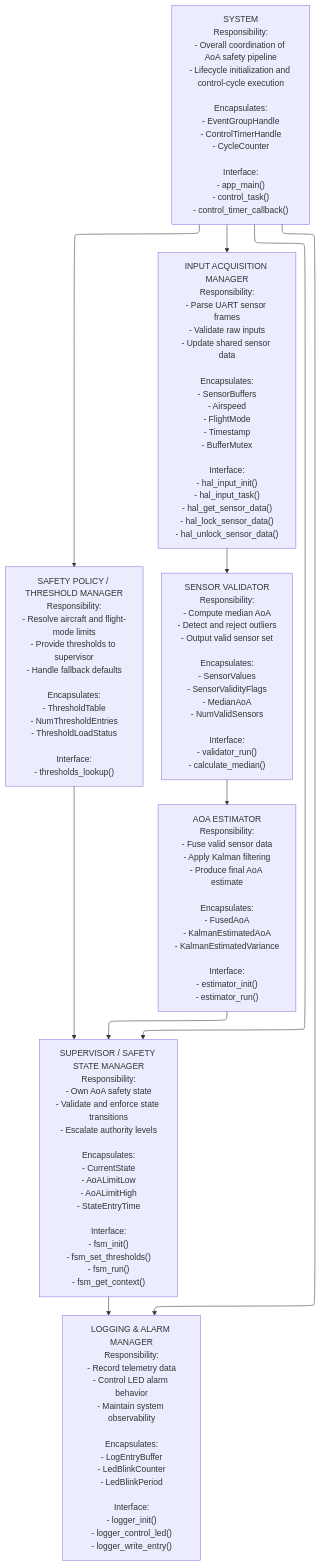
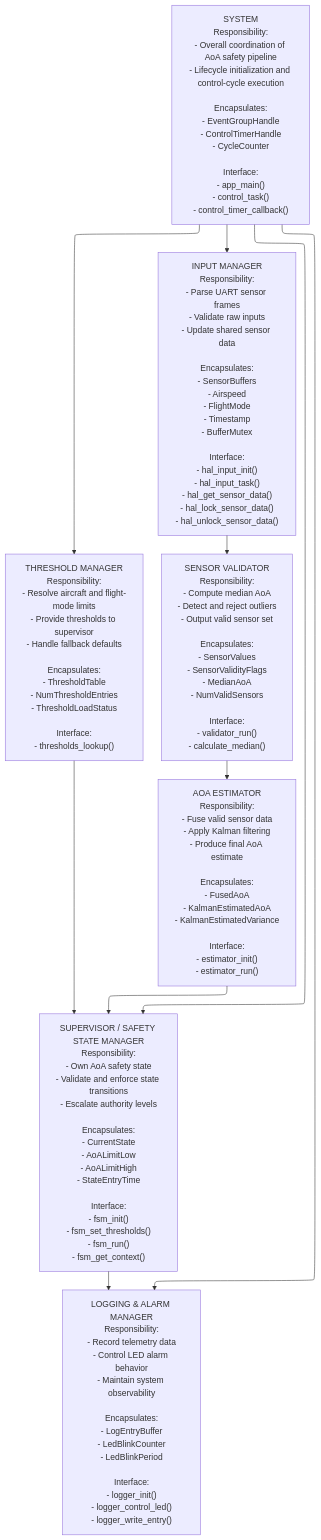
Before and after one commit to csg523/project-p2-aoa-controller: the first of 2 diagrams in docs/sections/architecture.md, drawn with Mermaid. The commit also changed other lines of this file, not shown here.

```diff
--- a/docs/sections/architecture.md
+++ b/docs/sections/architecture.md
@@ -34,7 +34,7 @@
 config:
   layout: elk
 ---
-flowchart TD
+flowchart TB
 
 System["SYSTEM
 Responsibility:
@@ -71,7 +71,7 @@
 - fsm_get_context()
 "]
 
-System --> Safety["SAFETY POLICY / THRESHOLD MANAGER
+System --> Safety["THRESHOLD MANAGER
 Responsibility:
 - Resolve aircraft and flight-mode limits
 - Provide thresholds to supervisor
@@ -86,7 +86,7 @@
 - thresholds_lookup()
 "]
 
-System --> Input["INPUT ACQUISITION MANAGER
+System --> Input["INPUT MANAGER
 Responsibility:
 - Parse UART sensor frames
 - Validate raw inputs
```
